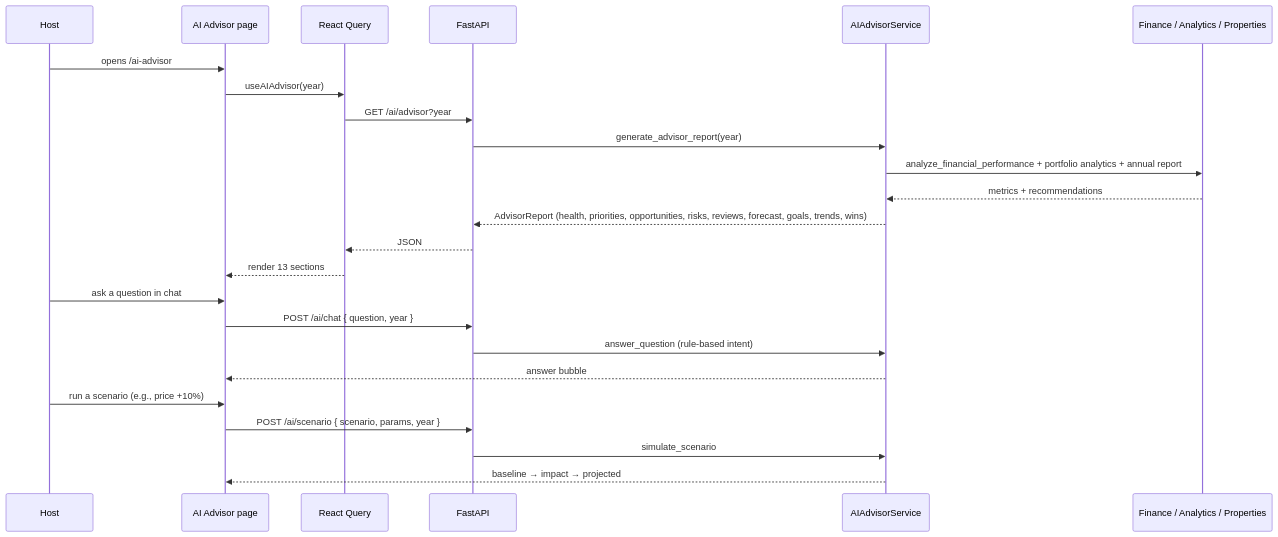
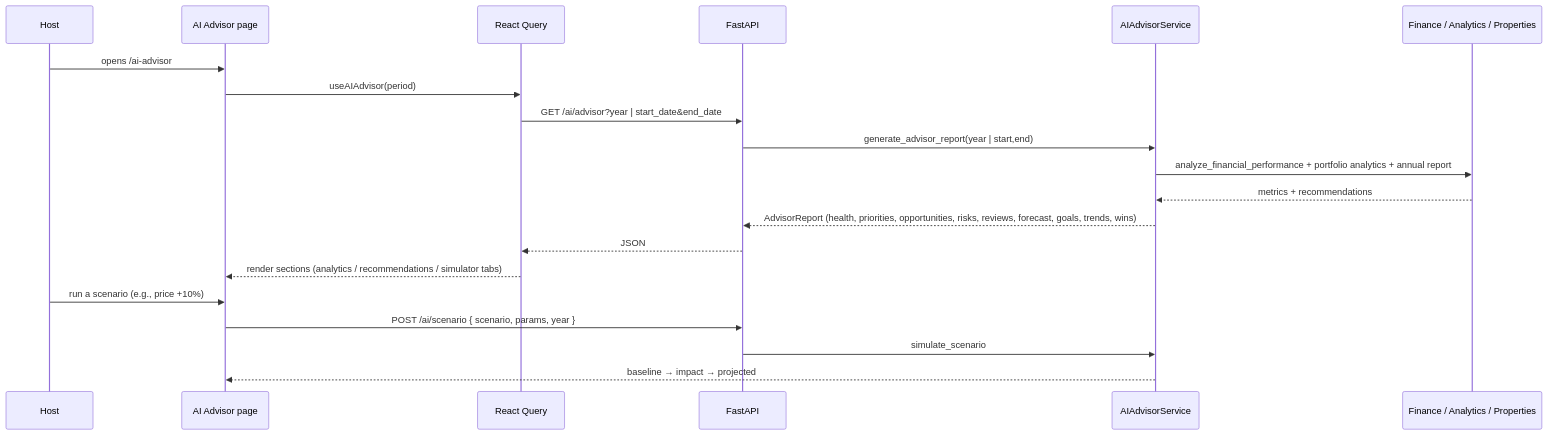
Before and after one commit to mahmoud-ath/HostWise: the diagram in docs/ai-advisor-audit.md, drawn with Mermaid. The commit also changed other lines of this file and 43 other files, not shown here.

````diff
--- a/docs/ai-advisor-audit.md
+++ b/docs/ai-advisor-audit.md
@@ -35,27 +38,23 @@
 ```mermaid
 sequenceDiagram
     participant U as Host
     participant A as AI Advisor page
     participant Q as React Query
     participant API as FastAPI
     participant AI as AIAdvisorService
     participant F as Finance / Analytics / Properties
 
     U->>A: opens /ai-advisor
-    A->>Q: useAIAdvisor(year)
-    Q->>API: GET /ai/advisor?year
-    API->>AI: generate_advisor_report(year)
+    A->>Q: useAIAdvisor(period)
+    Q->>API: GET /ai/advisor?year | start_date&end_date
+    API->>AI: generate_advisor_report(year | start,end)
     AI->>F: analyze_financial_performance + portfolio analytics + annual report
     F-->>AI: metrics + recommendations
     AI-->>API: AdvisorReport (health, priorities, opportunities, risks, reviews, forecast, goals, trends, wins)
     API-->>Q: JSON
-    Q-->>A: render 13 sections
-    U->>A: ask a question in chat
-    A->>API: POST /ai/chat { question, year }
-    API->>AI: answer_question (rule-based intent)
-    AI-->>A: answer bubble
+    Q-->>A: render sections (analytics / recommendations / simulator tabs)
     U->>A: run a scenario (e.g., price +10%)
     A->>API: POST /ai/scenario { scenario, params, year }
     API->>AI: simulate_scenario
     AI-->>A: baseline → impact → projected
 ```
````
